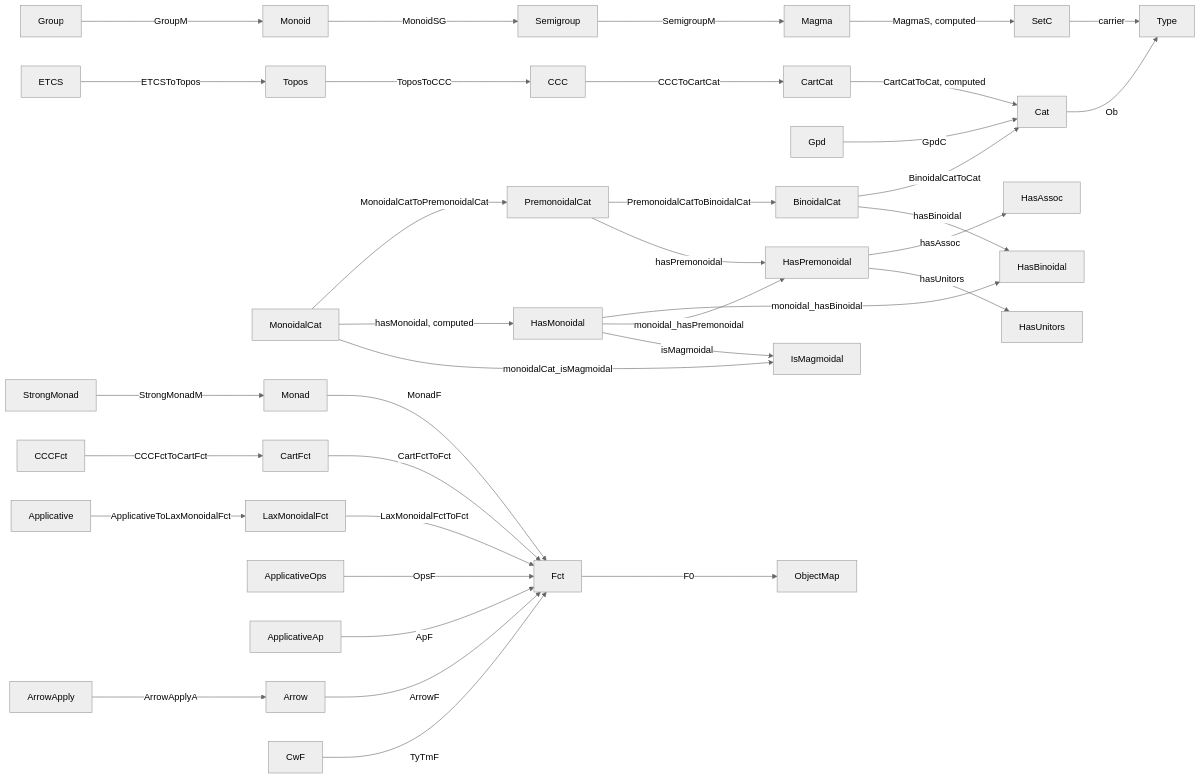
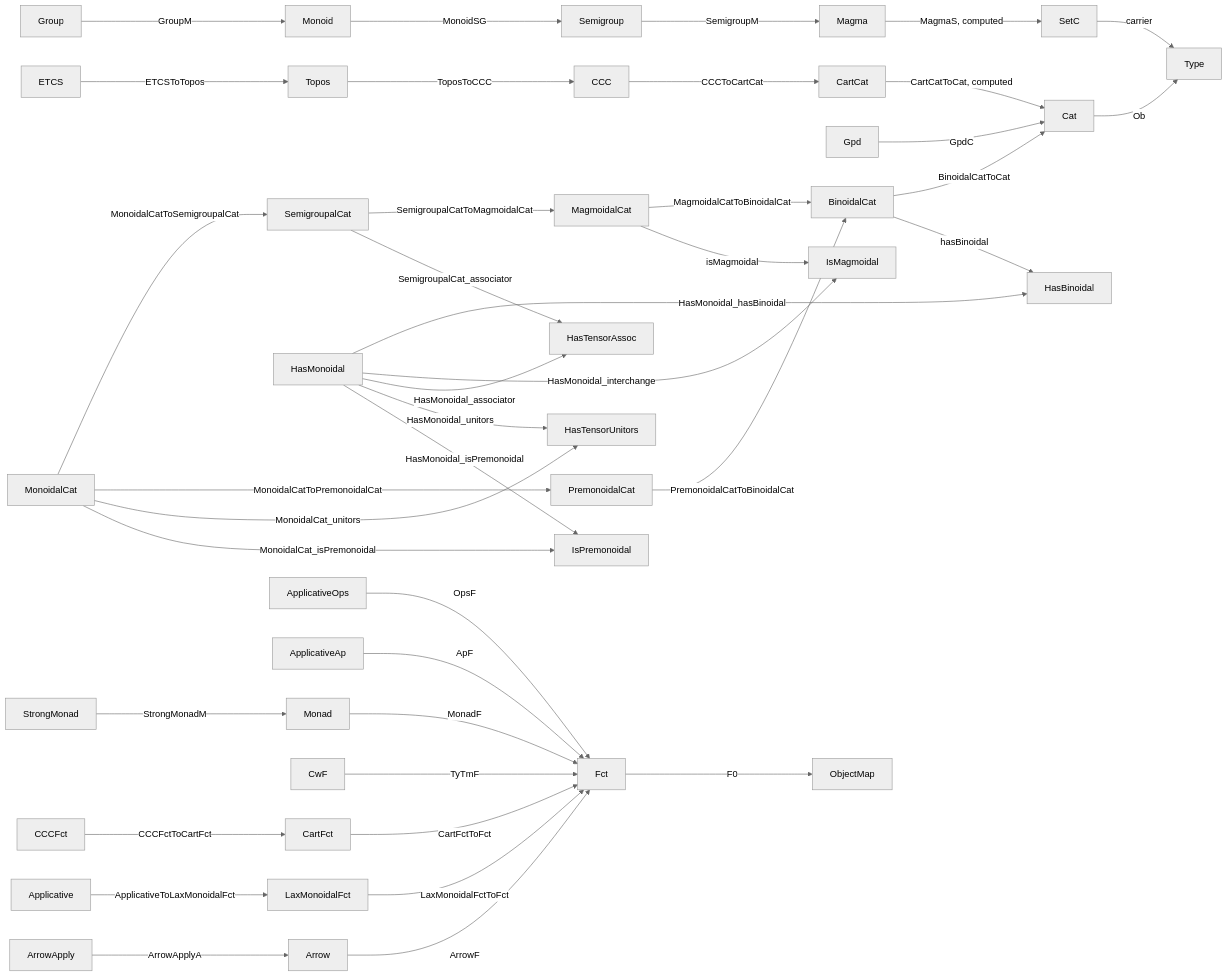
Before and after one commit to Godalin/rocq-cats: the diagram in docs/BundledInterfaces.md, drawn with Mermaid (neutral theme). The commit also changed other lines of this file and 140 other files, not shown here.

````diff
--- a/docs/BundledInterfaces.md
+++ b/docs/BundledInterfaces.md
@@ -1905,38 +1908,42 @@
 ```mermaid
 flowchart LR
   Group -->|GroupM| Monoid
   Monoid -->|MonoidSG| Semigroup
   Semigroup -->|SemigroupM| Magma
   Magma -->|MagmaS, computed| SetC
   SetC -->|carrier| Type
   ETCS -->|ETCSToTopos| Topos
   Topos -->|ToposToCCC| CCC
   CCC -->|CCCToCartCat| CartCat
   CartCat -->|CartCatToCat, computed| Cat
   Gpd -->|GpdC| Cat
   Cat -->|Ob| Type
+  MonoidalCat -->|MonoidalCatToSemigroupalCat| SemigroupalCat
   MonoidalCat -->|MonoidalCatToPremonoidalCat| PremonoidalCat
-  MonoidalCat -->|hasMonoidal, computed| HasMonoidal
-  MonoidalCat -->|monoidalCat_isMagmoidal| IsMagmoidal
-  HasMonoidal -->|monoidal_hasBinoidal| HasBinoidal
-  HasMonoidal -->|monoidal_hasPremonoidal| HasPremonoidal
-  HasMonoidal -->|isMagmoidal| IsMagmoidal
+  MonoidalCat -->|MonoidalCat_unitors| HasTensorUnitors
+  MonoidalCat -->|MonoidalCat_isPremonoidal| IsPremonoidal
+  SemigroupalCat -->|SemigroupalCatToMagmoidalCat| MagmoidalCat
+  SemigroupalCat -->|SemigroupalCat_associator| HasTensorAssoc
+  MagmoidalCat -->|MagmoidalCatToBinoidalCat| BinoidalCat
+  MagmoidalCat -->|isMagmoidal| IsMagmoidal
+  HasMonoidal -->|HasMonoidal_hasBinoidal| HasBinoidal
+  HasMonoidal -->|HasMonoidal_interchange| IsMagmoidal
   PremonoidalCat -->|PremonoidalCatToBinoidalCat| BinoidalCat
-  PremonoidalCat -->|hasPremonoidal| HasPremonoidal
-  HasPremonoidal -->|hasAssoc| HasAssoc
-  HasPremonoidal -->|hasUnitors| HasUnitors
+  HasMonoidal -->|HasMonoidal_associator| HasTensorAssoc
+  HasMonoidal -->|HasMonoidal_unitors| HasTensorUnitors
+  HasMonoidal -->|HasMonoidal_isPremonoidal| IsPremonoidal
   BinoidalCat -->|BinoidalCatToCat| Cat
   BinoidalCat -->|hasBinoidal| HasBinoidal
   StrongMonad -->|StrongMonadM| Monad
   Monad -->|MonadF| Fct
   CCCFct -->|CCCFctToCartFct| CartFct
   CartFct -->|CartFctToFct| Fct
   Applicative -->|ApplicativeToLaxMonoidalFct| LaxMonoidalFct
   LaxMonoidalFct -->|LaxMonoidalFctToFct| Fct
   ApplicativeOps -->|OpsF| Fct
   ApplicativeAp -->|ApF| Fct
   ArrowApply -->|ArrowApplyA| Arrow
   Arrow -->|ArrowF| Fct
   CwF -->|TyTmF| Fct
   Fct -->|F0| ObjectMap
 ```
````
